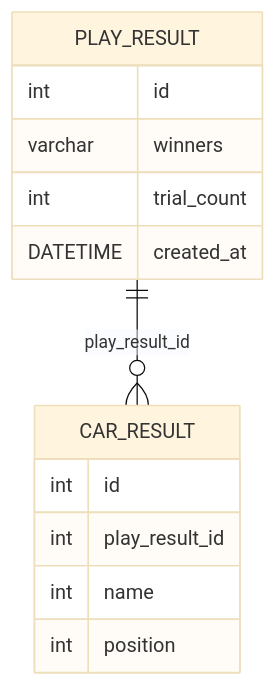
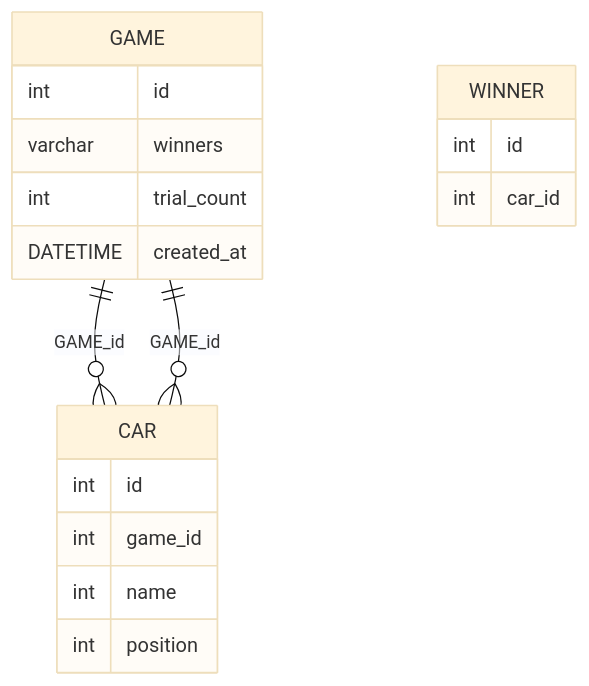
One commit to woowacourse/jwp-racingcar changed the diagram in README.md. Above: the diagram before and after it, drawn with Mermaid (base theme). The commit also changed other lines of this file and 44 other files, not shown here.

````diff
--- a/README.md
+++ b/README.md
@@ -52,16 +67,21 @@
 ```mermaid
 erDiagram
-    PLAY_RESULT ||--o{ CAR_RESULT: play_result_id
-    PLAY_RESULT {
+    GAME ||--o{ CAR: GAME_id
+    GAME ||--o{ CAR: GAME_id
+    GAME {
         int id
         varchar winners
         int trial_count
         DATETIME created_at
     }
-    CAR_RESULT {
+    CAR {
         int id
-        int play_result_id
+        int game_id
         int name
         int position
     }
+    WINNER {
+        int id
+        int car_id
+    }
 ```
````
